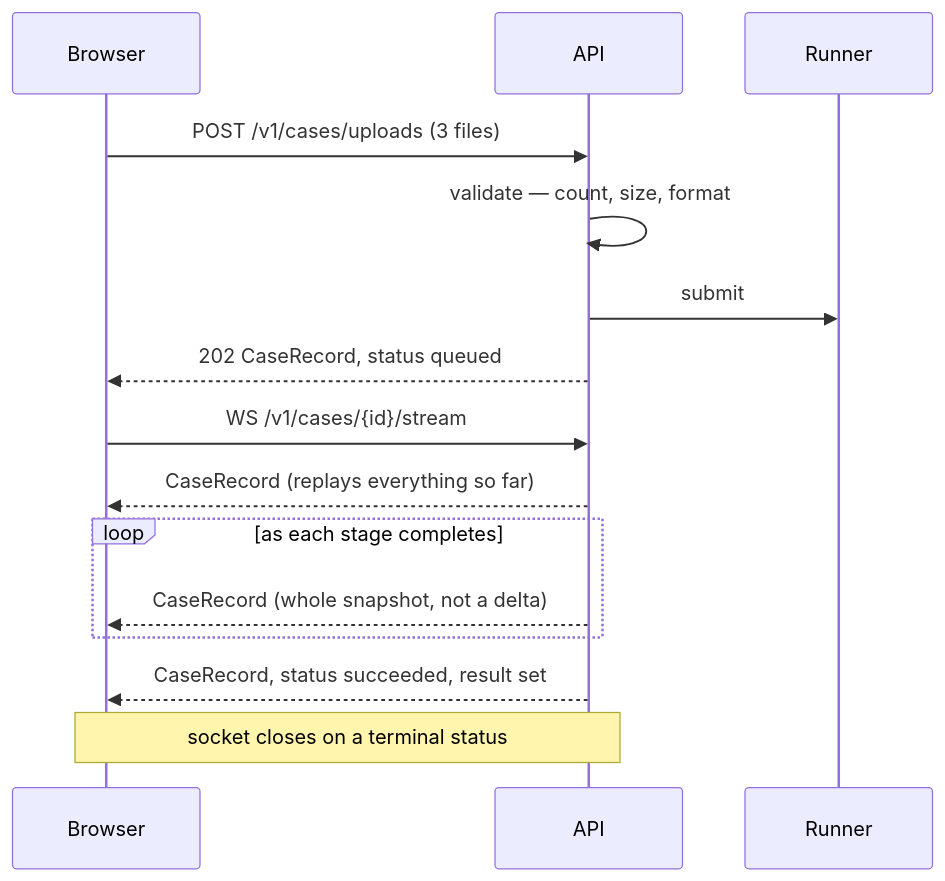
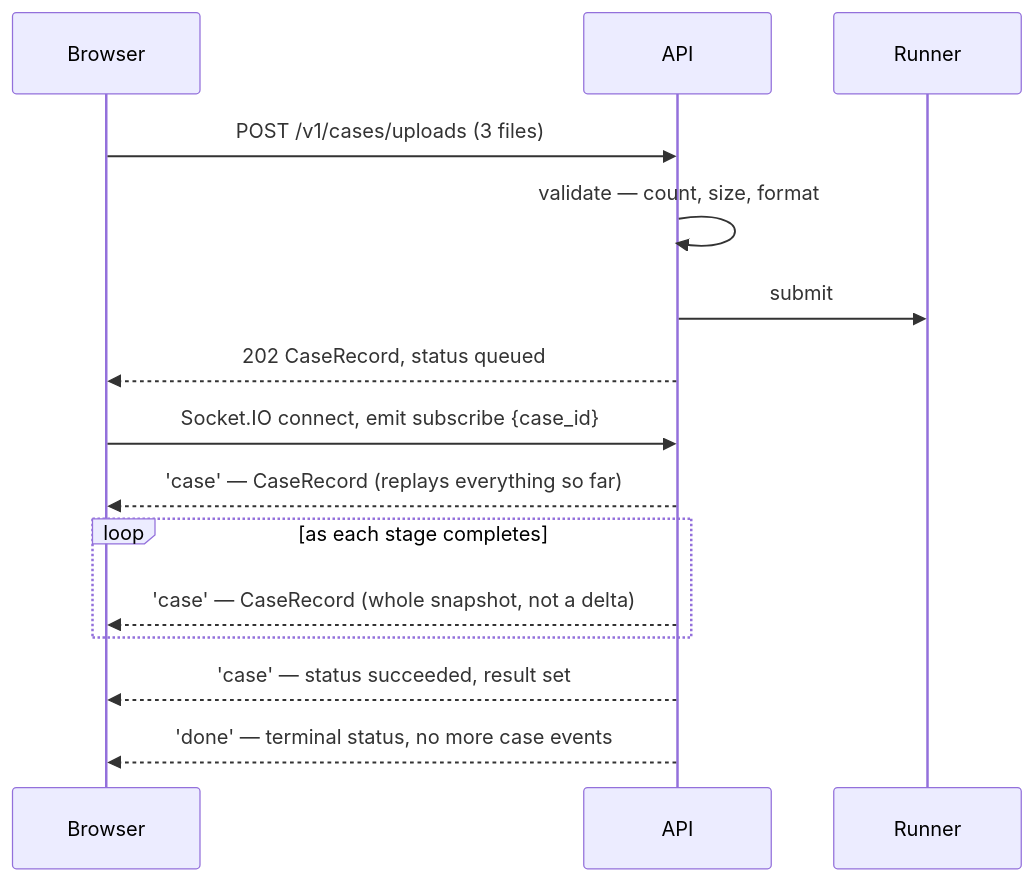
One commit to selvakumarperumal/Trade_Finance_Doc_Mismatch_Detector changed the second of 5 diagrams in backend/Detector/api/README.md. Above: the diagram before and after it, drawn with Mermaid. The commit also changed other lines of this file and 30 other files, not shown here.

````diff
--- a/backend/Detector/api/README.md
+++ b/backend/Detector/api/README.md
@@ -37,17 +38,17 @@
 ```mermaid
 sequenceDiagram
     participant B as Browser
     participant A as API
     participant R as Runner
     B->>A: POST /v1/cases/uploads (3 files)
     A->>A: validate — count, size, format
     A->>R: submit
     A-->>B: 202 CaseRecord, status queued
-    B->>A: WS /v1/cases/{id}/stream
-    A-->>B: CaseRecord (replays everything so far)
+    B->>A: Socket.IO connect, emit subscribe {case_id}
+    A-->>B: 'case' — CaseRecord (replays everything so far)
     loop as each stage completes
-        A-->>B: CaseRecord (whole snapshot, not a delta)
+        A-->>B: 'case' — CaseRecord (whole snapshot, not a delta)
     end
-    A-->>B: CaseRecord, status succeeded, result set
-    Note over B,A: socket closes on a terminal status
+    A-->>B: 'case' — status succeeded, result set
+    A-->>B: 'done' — terminal status, no more case events
 ```
````
